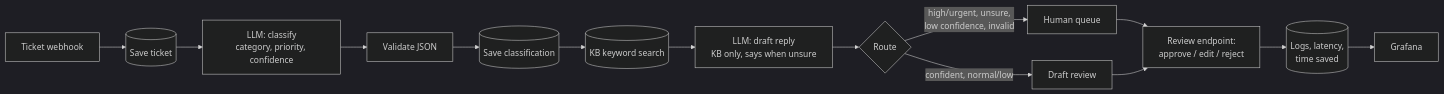
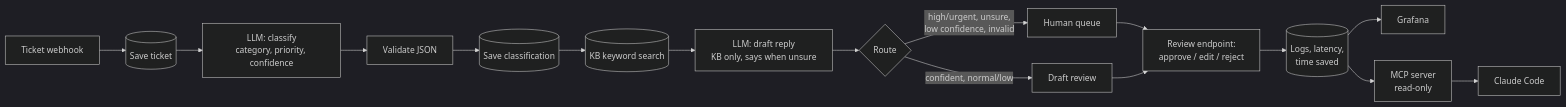
The diagram in README.md (Gabbrriell/ai-support-triage), drawn with Mermaid (dark theme) before and after one commit. The commit also changed other lines of this file and 4 other files, not shown here.

````diff
--- a/README.md
+++ b/README.md
@@ -19,16 +24,18 @@
 ```mermaid
 flowchart LR
     A[Ticket webhook] --> B[(Save ticket)]
     B --> C[LLM: classify<br/>category, priority, confidence]
     C --> D[Validate JSON]
     D --> E[(Save classification)]
     E --> F[(KB keyword search)]
     F --> G[LLM: draft reply<br/>KB only, says when unsure]
     G --> H{Route}
     H -- "high/urgent, unsure,<br/>low confidence, invalid" --> I[Human queue]
     H -- "confident, normal/low" --> J[Draft review]
     I --> K[Review endpoint:<br/>approve / edit / reject]
     J --> K
     K --> L[(Logs, latency,<br/>time saved)]
     L --> M[Grafana]
+    L --> N[MCP server<br/>read-only]
+    N --> O[Claude Code]
 ```
````
